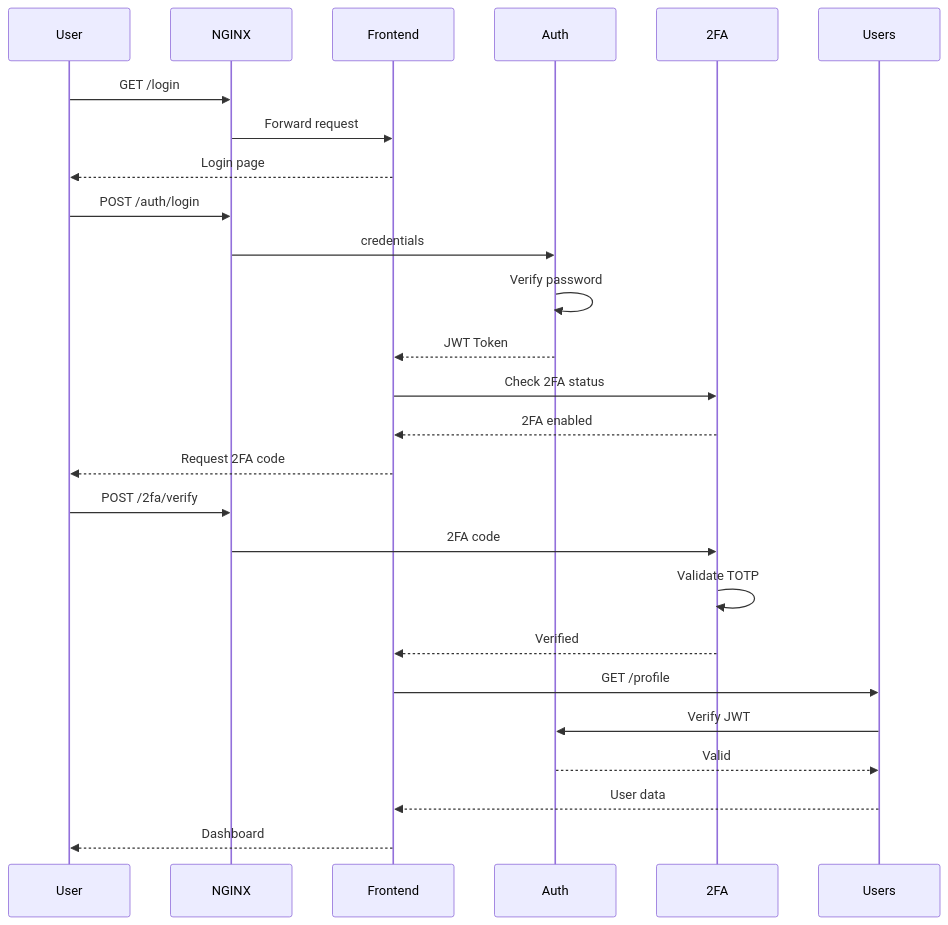
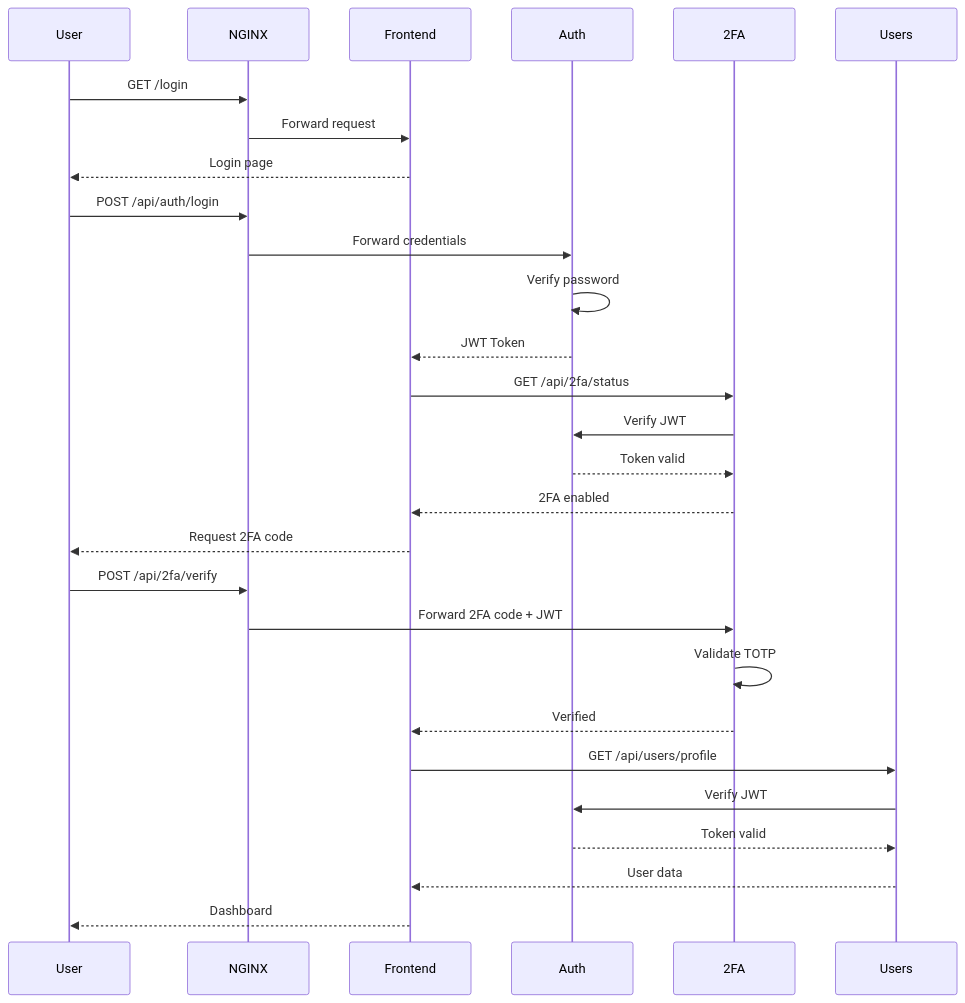
The second of 3 diagrams in architecture.md (anais-f/42_ft_transcendence), drawn with Mermaid before and after one commit. The commit also changed other lines of this file and 1 other file, not shown here.

````diff
--- a/architecture.md
+++ b/architecture.md
@@ -87,33 +94,36 @@
 ```mermaid
 sequenceDiagram
     participant U as User
     participant N as NGINX
     participant F as Frontend
     participant A as Auth
     participant 2 as 2FA
     participant US as Users
 
     U->>N: GET /login
     N->>F: Forward request
-    F-->>U:   Login page
-    
-    U->>N: POST /auth/login
-    N->>A: credentials
-    A->>A:   Verify password
-    A-->>F:  JWT Token
-    
-    F->>2:  Check 2FA status
+    F-->>U: Login page
+
+    U->>N: POST /api/auth/login
+    N->>A: Forward credentials
+    A->>A: Verify password
+    A-->>F: JWT Token
+
+    F->>2:  GET /api/2fa/status
+    2->>A:  Verify JWT
+    A-->>2: Token valid
     2-->>F: 2FA enabled
+
     F-->>U: Request 2FA code
-    
-    U->>N: POST /2fa/verify
-    N->>2: 2FA code
+
+    U->>N: POST /api/2fa/verify
+    N->>2: Forward 2FA code + JWT
     2->>2: Validate TOTP
     2-->>F:  Verified
-    
-    F->>US: GET /profile
-    US->>A:   Verify JWT
-    A-->>US: Valid
-    US-->>F: User data
+
+    F->>US: GET /api/users/profile
+    US->>A:  Verify JWT
+    A-->>US:  Token valid
+    US-->>F:  User data
     F-->>U: Dashboard
 ```
````
